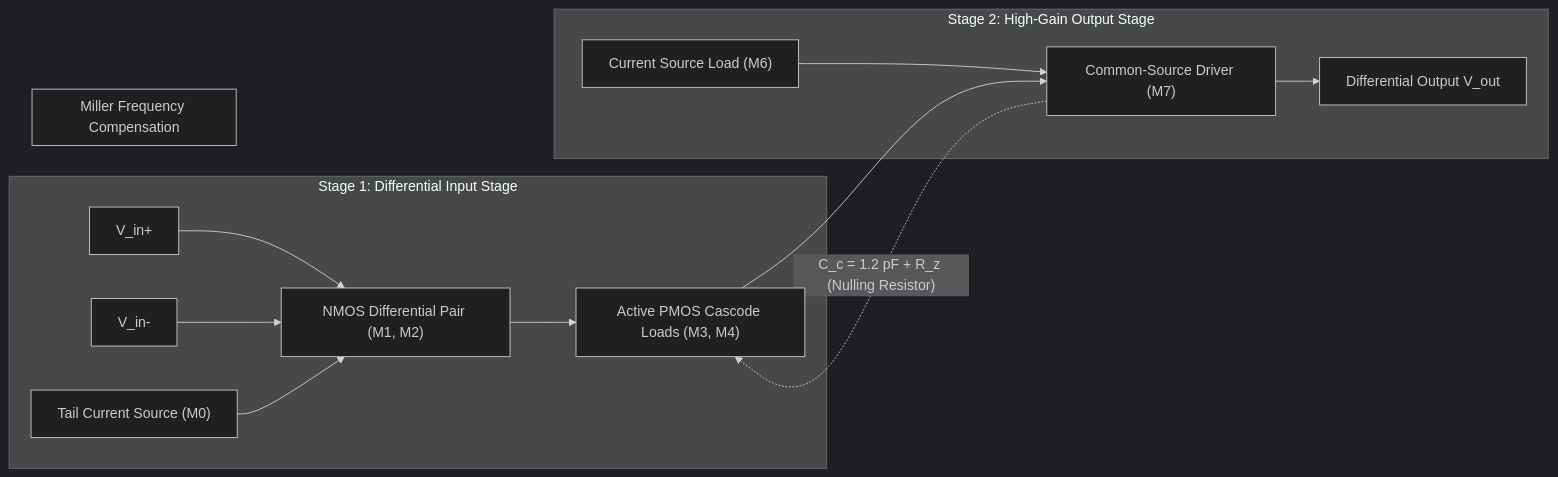
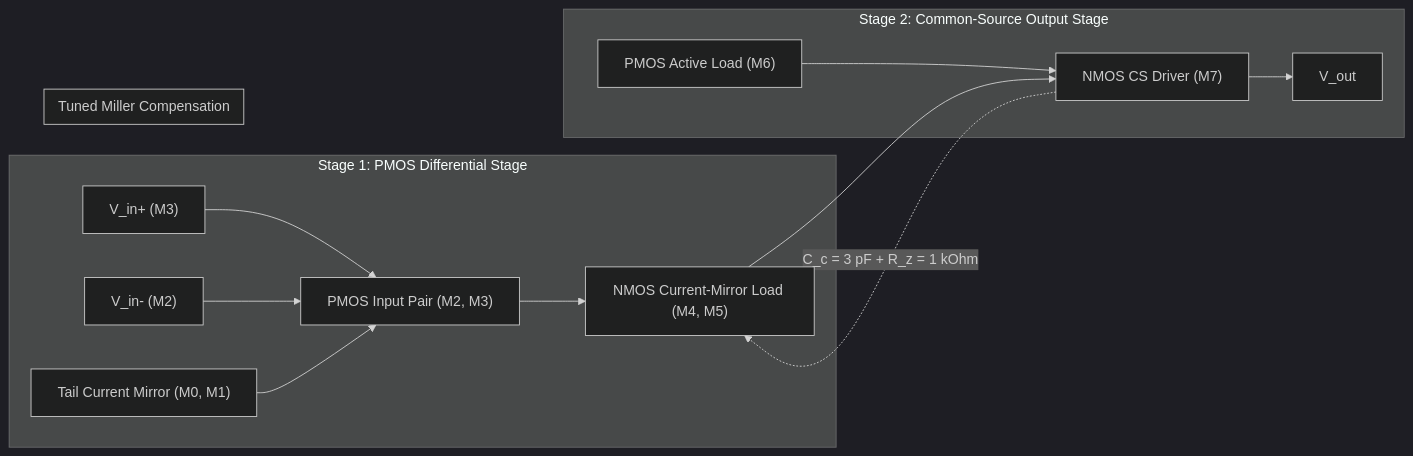
One commit to alirezanmotiei/Analog-Integrated-Circuits-Cadence-Virtuoso changed the second of 2 diagrams in README.md. Above: the diagram before and after it, drawn with Mermaid (dark theme). The commit also changed other lines of this file and 20 other files, not shown here.

````diff
--- a/README.md
+++ b/README.md
@@ -37,19 +56,19 @@
 ```mermaid
 graph LR
-    subgraph Stage1["Stage 1: Differential Input Stage"]
-        VinP["V_in+"] --> DiffPair["NMOS Differential Pair (M1, M2)"]
-        VinM["V_in-"] --> DiffPair
-        Bias1["Tail Current Source (M0)"] --> DiffPair
-        DiffPair --> CascodeLoad["Active PMOS Cascode Loads (M3, M4)"]
+    subgraph Stage1["Stage 1: PMOS Differential Stage"]
+        VinP["V_in+ (M3)"] --> DiffPair["PMOS Input Pair (M2, M3)"]
+        VinM["V_in- (M2)"] --> DiffPair
+        Bias1["Tail Current Mirror (M0, M1)"] --> DiffPair
+        DiffPair --> ActiveLoad["NMOS Current-Mirror Load (M4, M5)"]
     end
 
-    subgraph Stage2["Stage 2: High-Gain Output Stage"]
-        CascodeLoad --> Driver["Common-Source Driver (M7)"]
-        Bias2["Current Source Load (M6)"] --> Driver
-        Driver --> Vout["Differential Output V_out"]
+    subgraph Stage2["Stage 2: Common-Source Output Stage"]
+        ActiveLoad --> Driver["NMOS CS Driver (M7)"]
+        Bias2["PMOS Active Load (M6)"] --> Driver
+        Driver --> Vout["V_out"]
     end
 
-    subgraph MillerComp["Miller Frequency Compensation"]
-        Driver -.->|"C_c = 1.2 pF + R_z (Nulling Resistor)"| CascodeLoad
+    subgraph MillerComp["Tuned Miller Compensation"]
+        Driver -.->|"C_c = 3 pF + R_z = 1 kOhm"| ActiveLoad
     end
 ```
````
